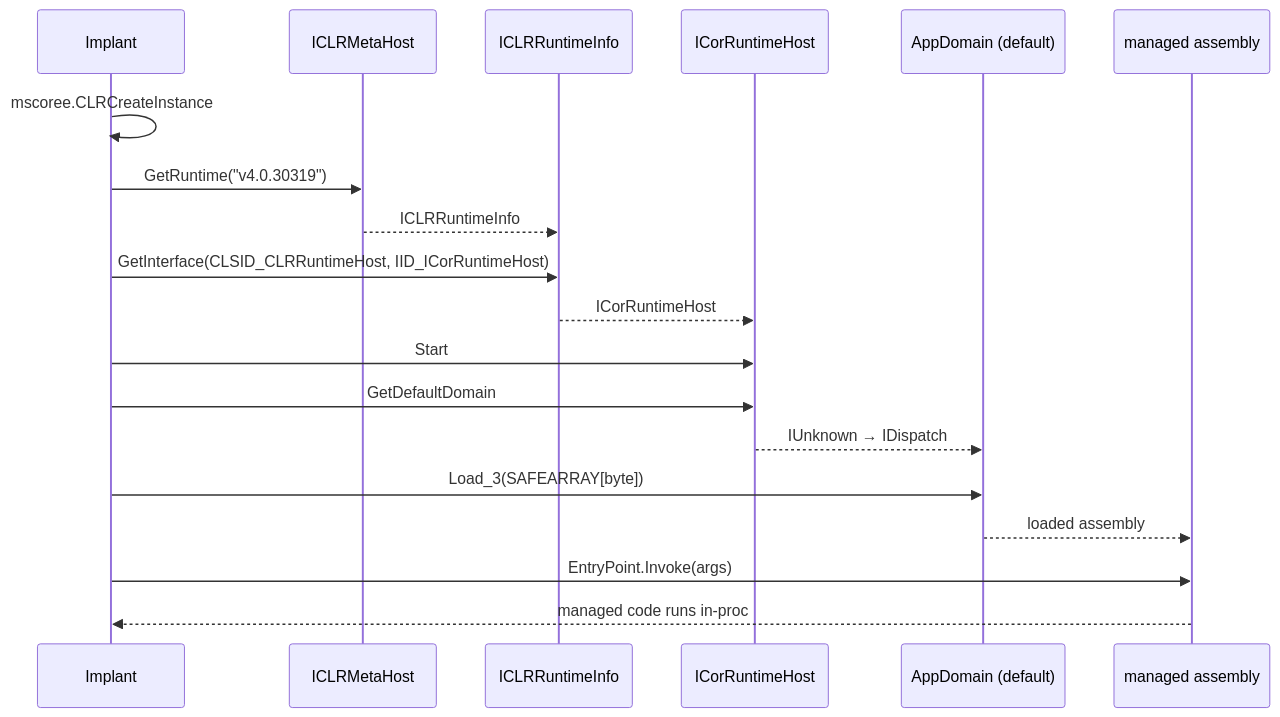
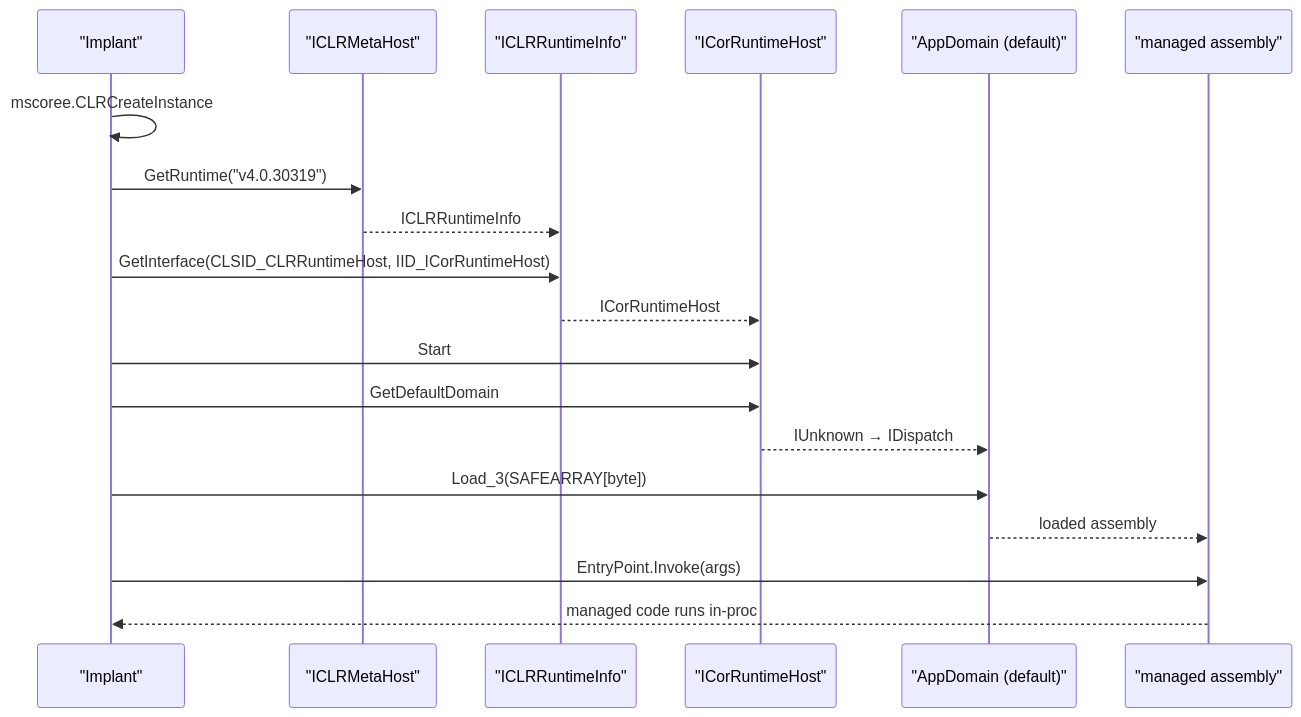
One commit to oioio-space/maldev changed the diagram in docs/techniques/runtime/clr.md. Above: the diagram before and after it, drawn with Mermaid. The commit also changed 52 other files, not shown here.

First line of the commit message:
fix(docs): quote multi-word Mermaid participant aliases — 11.2.0 strict-mode sweep

````diff
--- a/docs/techniques/runtime/clr.md
+++ b/docs/techniques/runtime/clr.md
@@ -47,22 +47,22 @@
 ```mermaid
 sequenceDiagram
-    participant Imp as Implant
-    participant MH as ICLRMetaHost
-    participant RT as ICLRRuntimeInfo
-    participant Host as ICorRuntimeHost
-    participant AD as AppDomain (default)
-    participant Asm as managed assembly
+    participant Imp as "Implant"
+    participant MH as "ICLRMetaHost"
+    participant RT as "ICLRRuntimeInfo"
+    participant Host as "ICorRuntimeHost"
+    participant AD as "AppDomain (default)"
+    participant Asm as "managed assembly"
 
     Imp->>Imp: mscoree.CLRCreateInstance
     Imp->>MH: GetRuntime("v4.0.30319")
     MH-->>RT: ICLRRuntimeInfo
     Imp->>RT: GetInterface(CLSID_CLRRuntimeHost, IID_ICorRuntimeHost)
     RT-->>Host: ICorRuntimeHost
     Imp->>Host: Start
     Imp->>Host: GetDefaultDomain
     Host-->>AD: IUnknown → IDispatch
     Imp->>AD: Load_3(SAFEARRAY[byte])
     AD-->>Asm: loaded assembly
     Imp->>Asm: EntryPoint.Invoke(args)
     Asm-->>Imp: managed code runs in-proc
 ```
````
